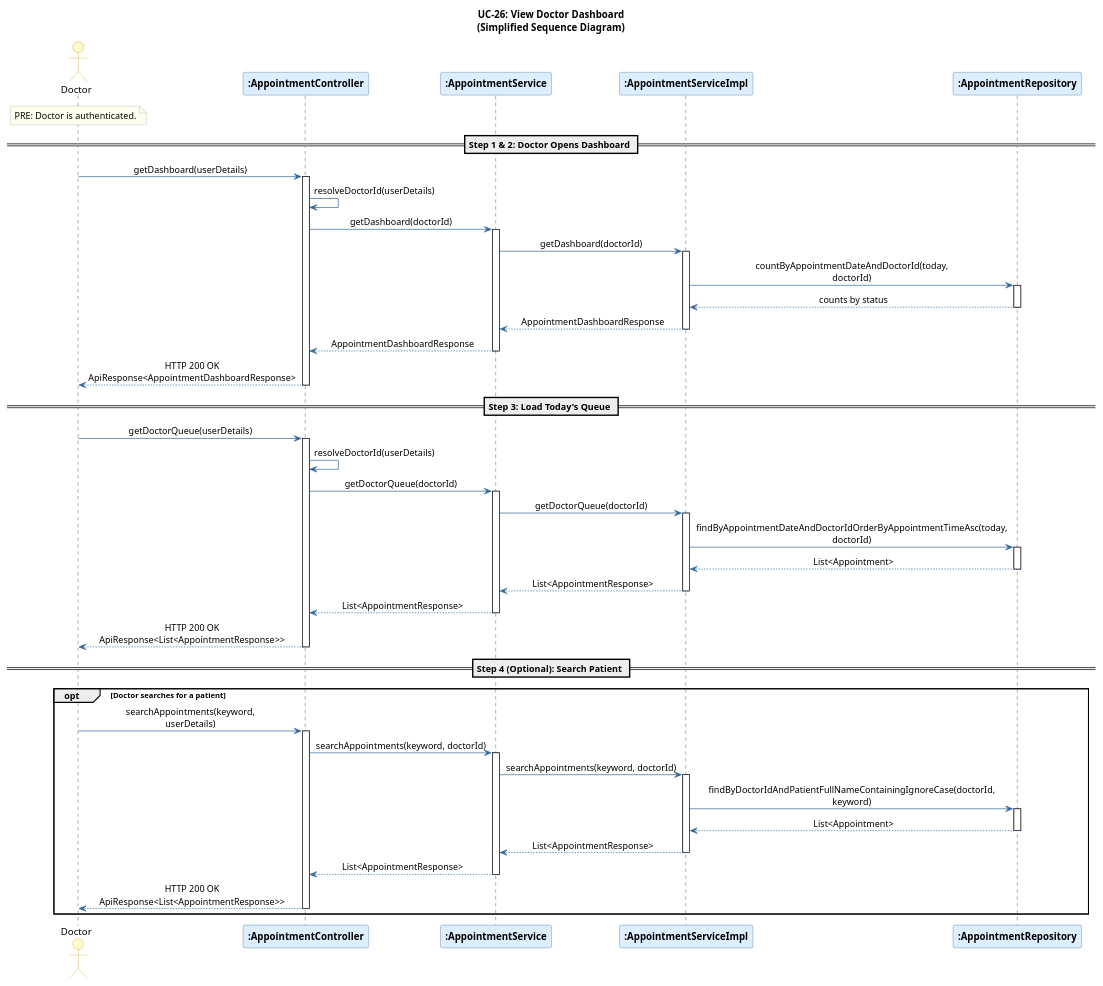
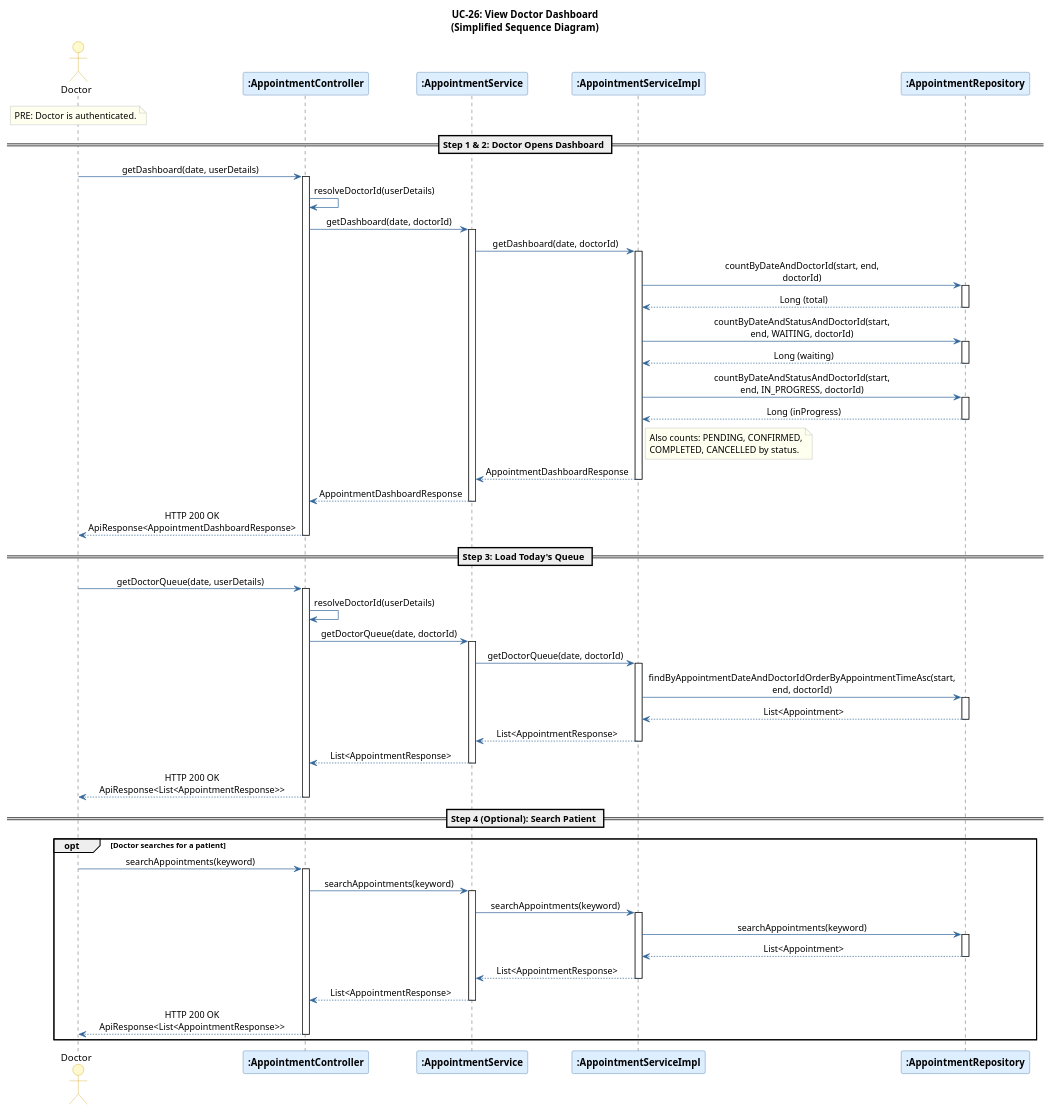
The diagram in docs/diagrams/UC26_ViewDoctorDashboard_SequenceDiagram.puml (Dmh304/Clinic-Management-System), drawn with PlantUML before and after one commit. The commit also changed 28 other files, not shown here.

```diff
--- a/docs/diagrams/UC26_ViewDoctorDashboard_SequenceDiagram.puml
+++ b/docs/diagrams/UC26_ViewDoctorDashboard_SequenceDiagram.puml
@@ -1,103 +1,118 @@
 @startuml UC26_ViewDoctorDashboard_SequenceDiagram
 <style>
 document {
   ParticipantPadding 10
   BoxPadding 10
 }
 </style>
 
 skinparam sequenceMessageAlign center
 skinparam responseMessageBelowArrow true
 skinparam maxMessageSize 250
 
 skinparam participant {
     BackgroundColor #DDEEFF
     BorderColor     #336699
     FontStyle       bold
 }
 skinparam actor {
     BackgroundColor #FFFACD
     BorderColor     #CC9900
 }
 skinparam note {
     BackgroundColor #FFFFF0
     BorderColor     #AAAAAA
 }
 skinparam ArrowColor #336699
 skinparam LifeLineBorderColor #336699
 
 title UC-26: View Doctor Dashboard\n(Simplified Sequence Diagram)
 
 actor       "Doctor"                                            as Doctor
 participant ":AppointmentController"  as AC
 participant ":AppointmentService"     as AS
 participant ":AppointmentServiceImpl" as ASImpl
 participant ":AppointmentRepository"  as Repo
 
 note over Doctor
   PRE: Doctor is authenticated.
 end note
 
 == Step 1 & 2: Doctor Opens Dashboard ==
-Doctor -> AC : getDashboard(userDetails)
+Doctor -> AC : getDashboard(date, userDetails)
 activate AC
 AC -> AC : resolveDoctorId(userDetails)
-AC -> AS : getDashboard(doctorId)
+AC -> AS : getDashboard(date, doctorId)
 activate AS
-AS -> ASImpl : getDashboard(doctorId)
+AS -> ASImpl : getDashboard(date, doctorId)
 activate ASImpl
 
-ASImpl -> Repo : countByAppointmentDateAndDoctorId(today, doctorId)
+ASImpl -> Repo : countByDateAndDoctorId(start, end, doctorId)
 activate Repo
-Repo --> ASImpl : counts by status
+Repo --> ASImpl : Long (total)
 deactivate Repo
+
+ASImpl -> Repo : countByDateAndStatusAndDoctorId(start, end, WAITING, doctorId)
+activate Repo
+Repo --> ASImpl : Long (waiting)
+deactivate Repo
+
+ASImpl -> Repo : countByDateAndStatusAndDoctorId(start, end, IN_PROGRESS, doctorId)
+activate Repo
+Repo --> ASImpl : Long (inProgress)
+deactivate Repo
+
+note right of ASImpl
+  Also counts: PENDING, CONFIRMED,
+  COMPLETED, CANCELLED by status.
+end note
 
 ASImpl --> AS : AppointmentDashboardResponse
 deactivate ASImpl
 AS --> AC : AppointmentDashboardResponse
 deactivate AS
 AC --> Doctor : HTTP 200 OK\nApiResponse<AppointmentDashboardResponse>
 deactivate AC
 
 == Step 3: Load Today's Queue ==
-Doctor -> AC : getDoctorQueue(userDetails)
+Doctor -> AC : getDoctorQueue(date, userDetails)
 activate AC
 AC -> AC : resolveDoctorId(userDetails)
-AC -> AS : getDoctorQueue(doctorId)
+AC -> AS : getDoctorQueue(date, doctorId)
 activate AS
-AS -> ASImpl : getDoctorQueue(doctorId)
+AS -> ASImpl : getDoctorQueue(date, doctorId)
 activate ASImpl
 
-ASImpl -> Repo : findByAppointmentDateAndDoctorIdOrderByAppointmentTimeAsc(today, doctorId)
+ASImpl -> Repo : findByAppointmentDateAndDoctorIdOrderByAppointmentTimeAsc(start, end, doctorId)
 activate Repo
 Repo --> ASImpl : List<Appointment>
 deactivate Repo
 
 ASImpl --> AS : List<AppointmentResponse>
 deactivate ASImpl
 AS --> AC : List<AppointmentResponse>
 deactivate AS
 AC --> Doctor : HTTP 200 OK\nApiResponse<List<AppointmentResponse>>
 deactivate AC
 
 == Step 4 (Optional): Search Patient ==
 opt Doctor searches for a patient
-    Doctor -> AC : searchAppointments(keyword, userDetails)
+    Doctor -> AC : searchAppointments(keyword)
     activate AC
-    AC -> AS : searchAppointments(keyword, doctorId)
+    AC -> AS : searchAppointments(keyword)
     activate AS
-    AS -> ASImpl : searchAppointments(keyword, doctorId)
+    AS -> ASImpl : searchAppointments(keyword)
     activate ASImpl
-    ASImpl -> Repo : findByDoctorIdAndPatientFullNameContainingIgnoreCase(doctorId, keyword)
+    ASImpl -> Repo : searchAppointments(keyword)
     activate Repo
     Repo --> ASImpl : List<Appointment>
     deactivate Repo
     ASImpl --> AS : List<AppointmentResponse>
     deactivate ASImpl
     AS --> AC : List<AppointmentResponse>
     deactivate AS
     AC --> Doctor : HTTP 200 OK\nApiResponse<List<AppointmentResponse>>
     deactivate AC
 end
 
 @enduml
```
